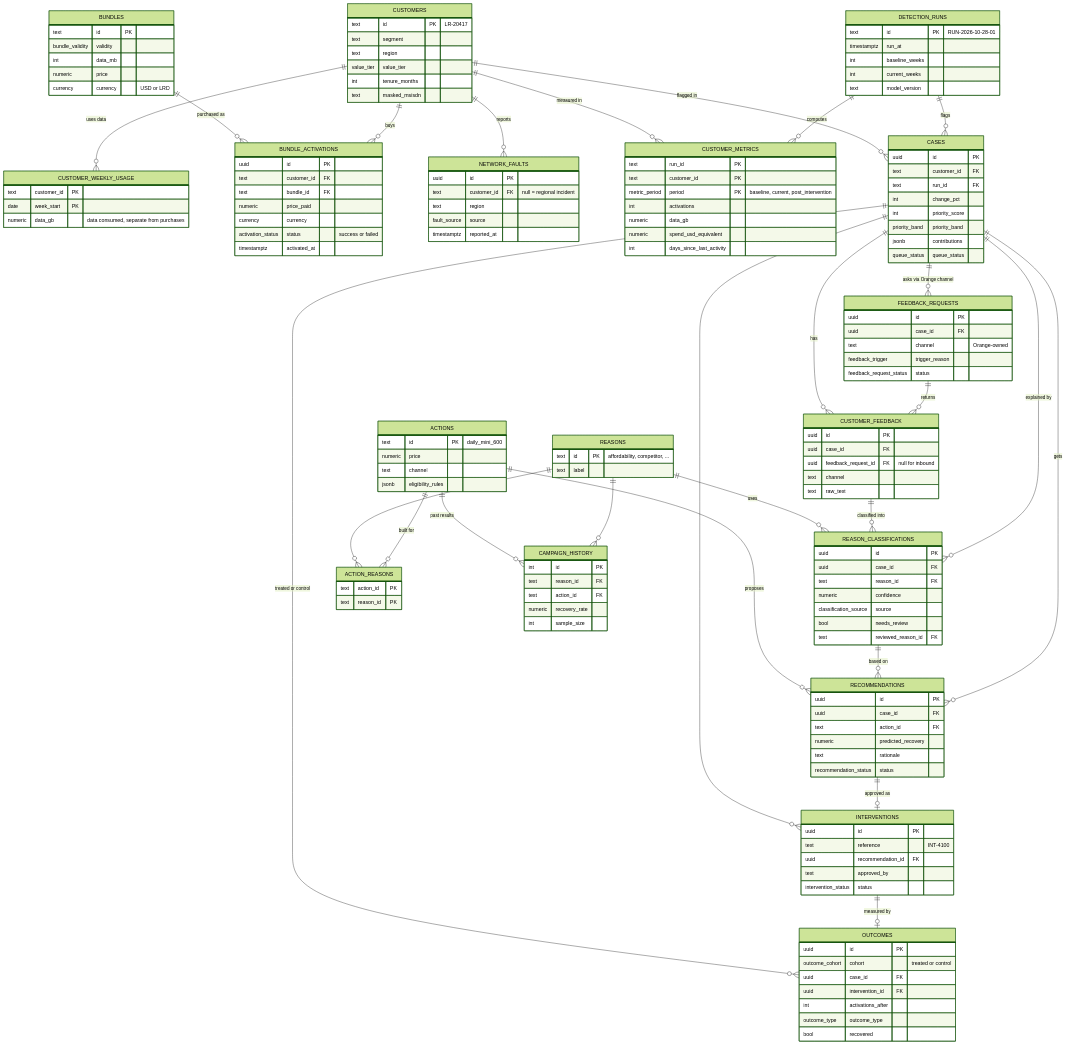
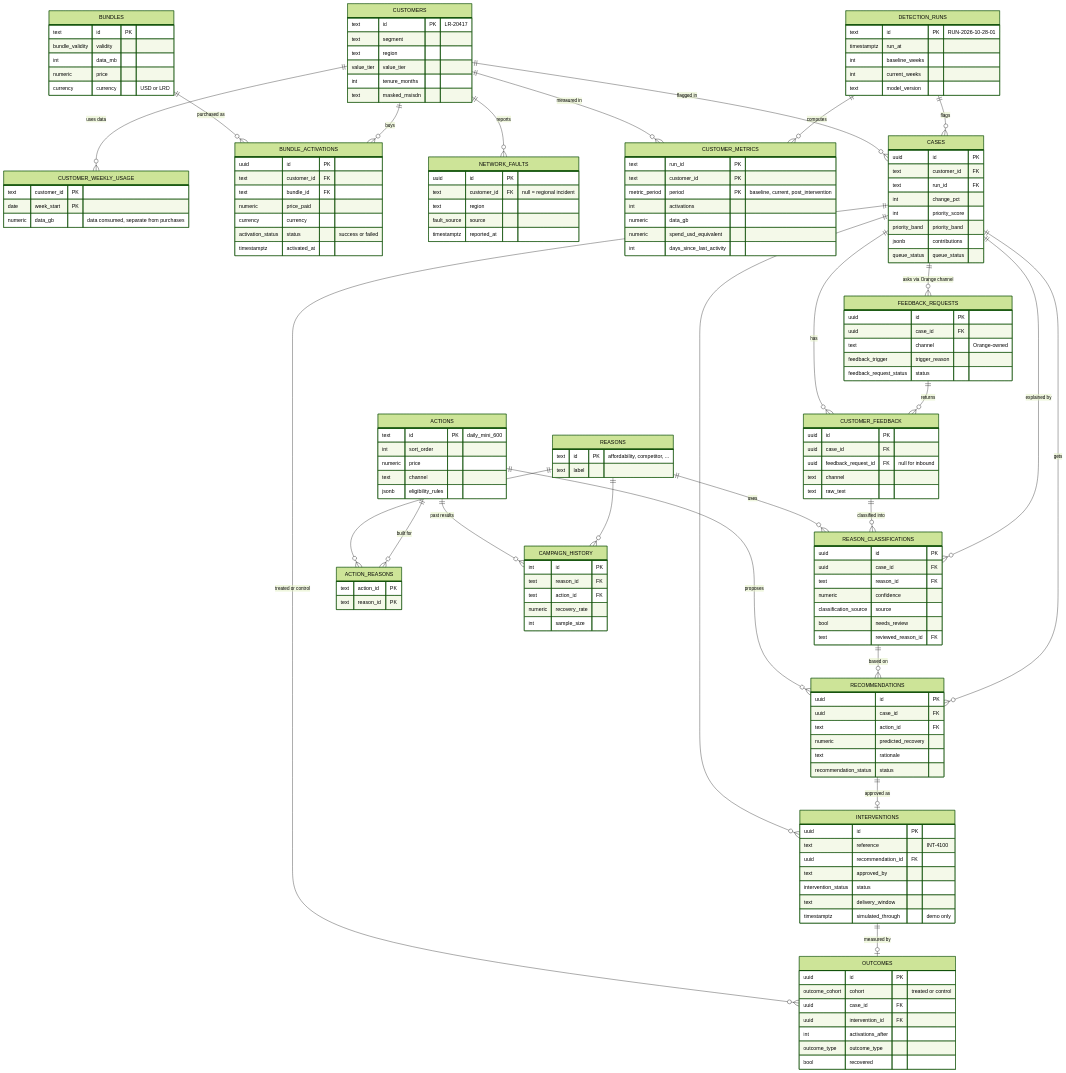
The diagram in docs/erd.md (resolveaiosc2026/Resolve-Ai), drawn with Mermaid (forest theme) before and after one commit. The commit also changed 3 other files, not shown here.

```diff
--- a/docs/erd.md
+++ b/docs/erd.md
@@ -127,6 +127,7 @@
     }
     ACTIONS {
         text id PK "daily_mini_600"
+        int sort_order
         numeric price
         text channel
         jsonb eligibility_rules
@@ -156,6 +157,8 @@
         uuid recommendation_id FK
         text approved_by
         intervention_status status
+        text delivery_window
+        timestamptz simulated_through "demo only"
     }
     OUTCOMES {
         uuid id PK
```
